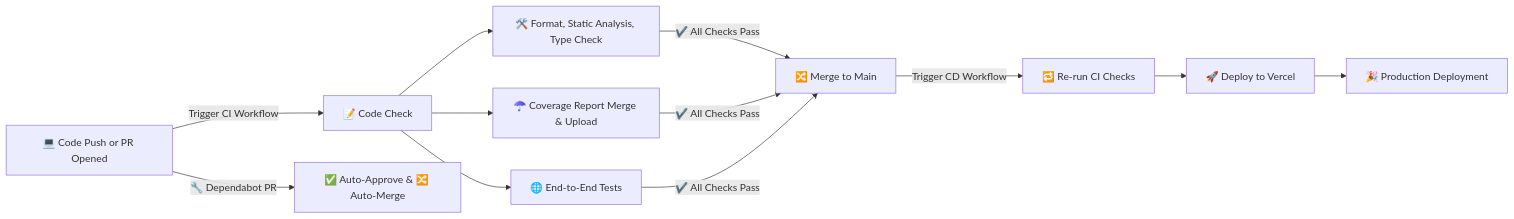
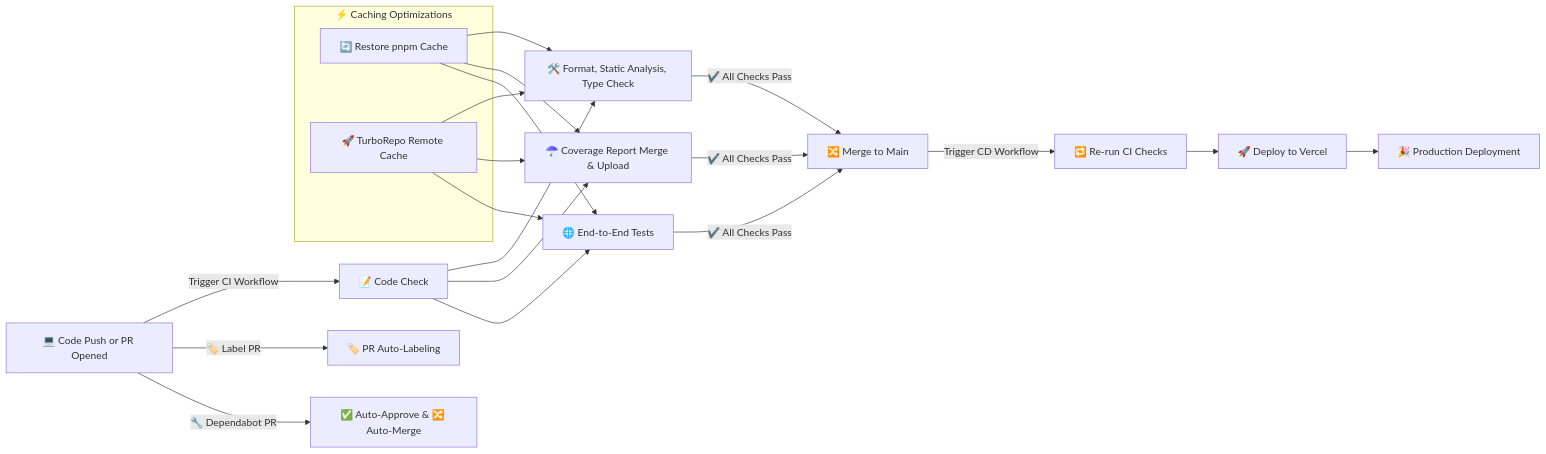
One commit to jimmy-guzman/popcorn.fyi changed the diagram in docs/ci-cd.md. Above: the diagram before and after it, drawn with Mermaid. The commit also changed other lines of this file and 2 other files, not shown here.

Commit message:
ci: 👷 add `labeler` to auto label pr (#308)

````diff
--- a/docs/ci-cd.md
+++ b/docs/ci-cd.md
@@ -69,12 +81,23 @@
 ```mermaid
 flowchart LR
   A[💻 Code Push or PR Opened] -->|Trigger CI Workflow| B[📝 Code Check]
+  A -->|🏷️ Label PR| L[🏷️ PR Auto-Labeling]
   A -->|🔧 Dependabot PR| C[✅ Auto-Approve & 🔀 Auto-Merge]
+
   B --> D[🛠️ Format, Static Analysis, Type Check]
   B --> E[☂️ Coverage Report Merge & Upload]
   B --> F[🌐 End-to-End Tests]
+
+  subgraph "⚡ Caching Optimizations"
+    X[🔄 Restore pnpm Cache]
+    Y[🚀 TurboRepo Remote Cache]
+  end
+
+  X & Y --> D & E & F
+
   D & E & F -->|✔️ All Checks Pass| G[🔀 Merge to Main]
   G -->|Trigger CD Workflow| H[🔁 Re-run CI Checks]
   H --> I[🚀 Deploy to Vercel]
   I --> J[🎉 Production Deployment]
+
 ```
````
